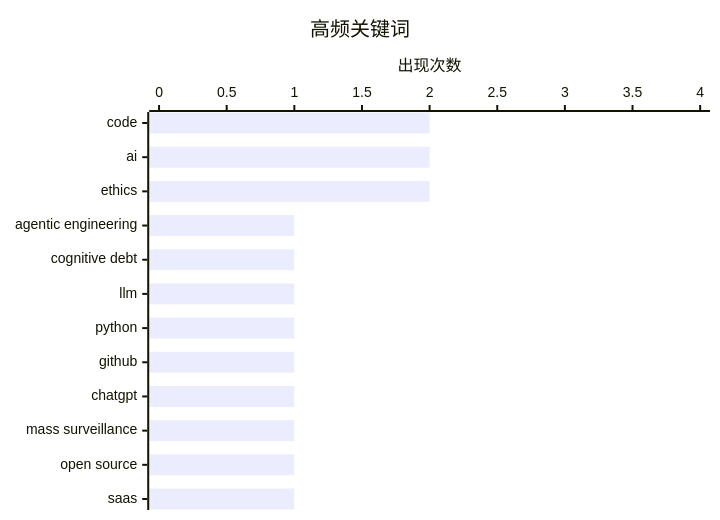
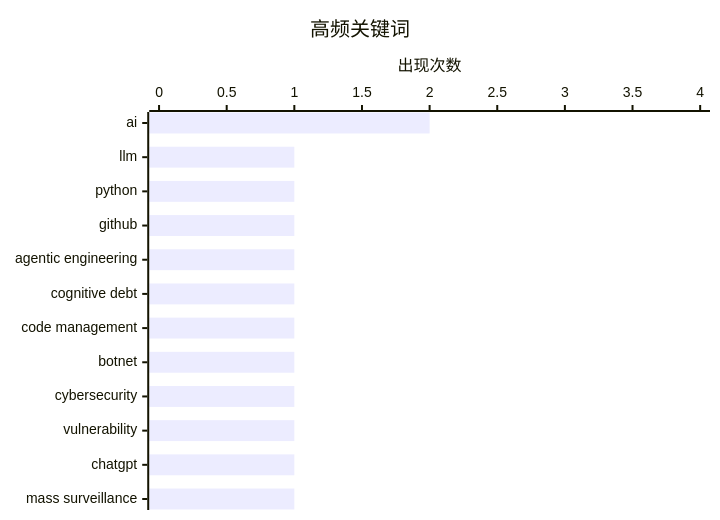
The second of 2 diagrams in digest-20260301.md (gitmeus/daily-reports), drawn with Mermaid before and after one commit. The commit also changed other lines of this file, not shown here.

````diff
--- a/digest-20260301.md
+++ b/digest-20260301.md
@@ -66,7 +66,7 @@
 ```mermaid
 xychart-beta horizontal
     title "高频关键词"
-    x-axis ["code", "ai", "ethics", "agentic engineering", "cognitive debt", "llm", "python", "github", "chatgpt", "mass surveillance", "open source", "saas"]
+    x-axis ["ai", "llm", "python", "github", "agentic engineering", "cognitive debt", "code management", "botnet", "cybersecurity", "vulnerability", "chatgpt", "mass surveillance"]
     y-axis "出现次数" 0 --> 4
-    bar [2, 2, 2, 1, 1, 1, 1, 1, 1, 1, 1, 1]
+    bar [2, 1, 1, 1, 1, 1, 1, 1, 1, 1, 1, 1]
 ```
````
